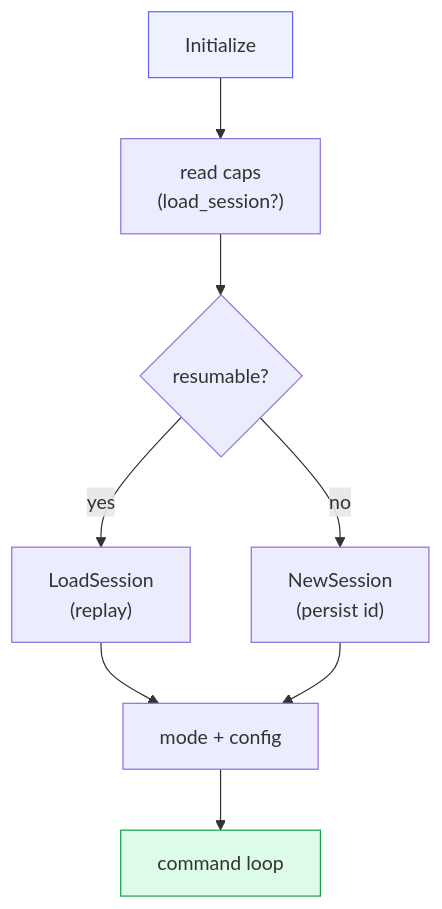
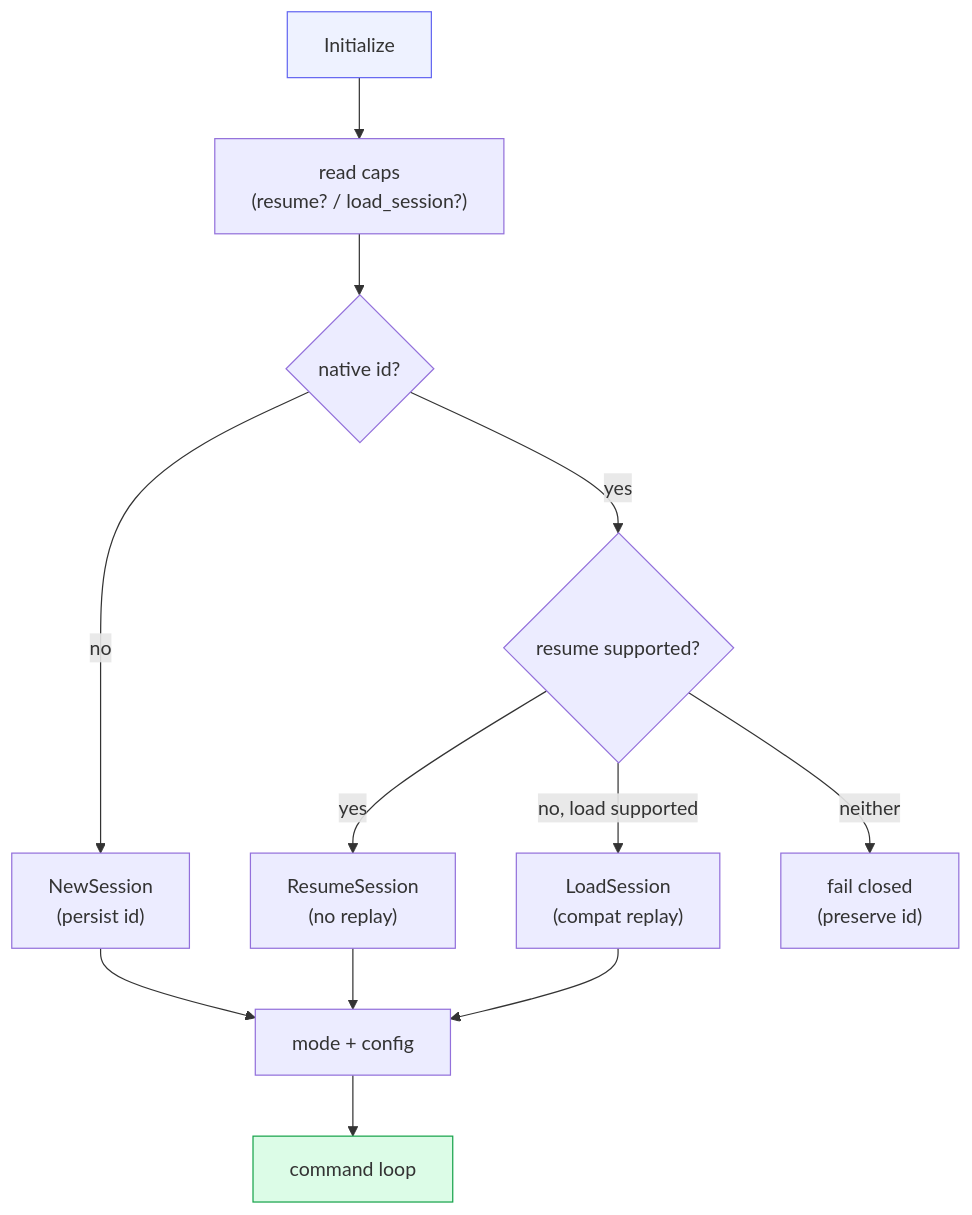
Before and after one commit to dravengarden/cowboy: the second of 3 diagrams in docs/architecture/01-acp-transport.md, drawn with Mermaid. The commit also changed other lines of this file and 3 other files, not shown here.

````diff
--- a/docs/architecture/01-acp-transport.md
+++ b/docs/architecture/01-acp-transport.md
@@ -62,13 +62,17 @@
 ```mermaid
 flowchart TB
-    INIT["Initialize"] --> CAP["read caps<br/>(load_session?)"]
-    CAP --> RES{"resumable?"}
-    RES -->|yes| LOAD["LoadSession<br/>(replay)"]
-    RES -->|no| NEW["NewSession<br/>(persist id)"]
+    INIT["Initialize"] --> CAP["read caps<br/>(resume? / load_session?)"]
+    CAP --> NATIVE{"native id?"}
+    NATIVE -->|no| NEW["NewSession<br/>(persist id)"]
+    NATIVE -->|yes| FAST{"resume supported?"}
+    FAST -->|yes| RESUME["ResumeSession<br/>(no replay)"]
+    FAST -->|no, load supported| LOAD["LoadSession<br/>(compat replay)"]
+    FAST -->|neither| ERROR["fail closed<br/>(preserve id)"]
+    RESUME --> MODE["mode + config"]
     LOAD --> MODE["mode + config"]
     NEW --> MODE
     MODE --> LOOP["command loop"]
 
     style INIT fill:#eef2ff,stroke:#6366f1
     style LOOP fill:#dcfce7,stroke:#16a34a
 ```
````
